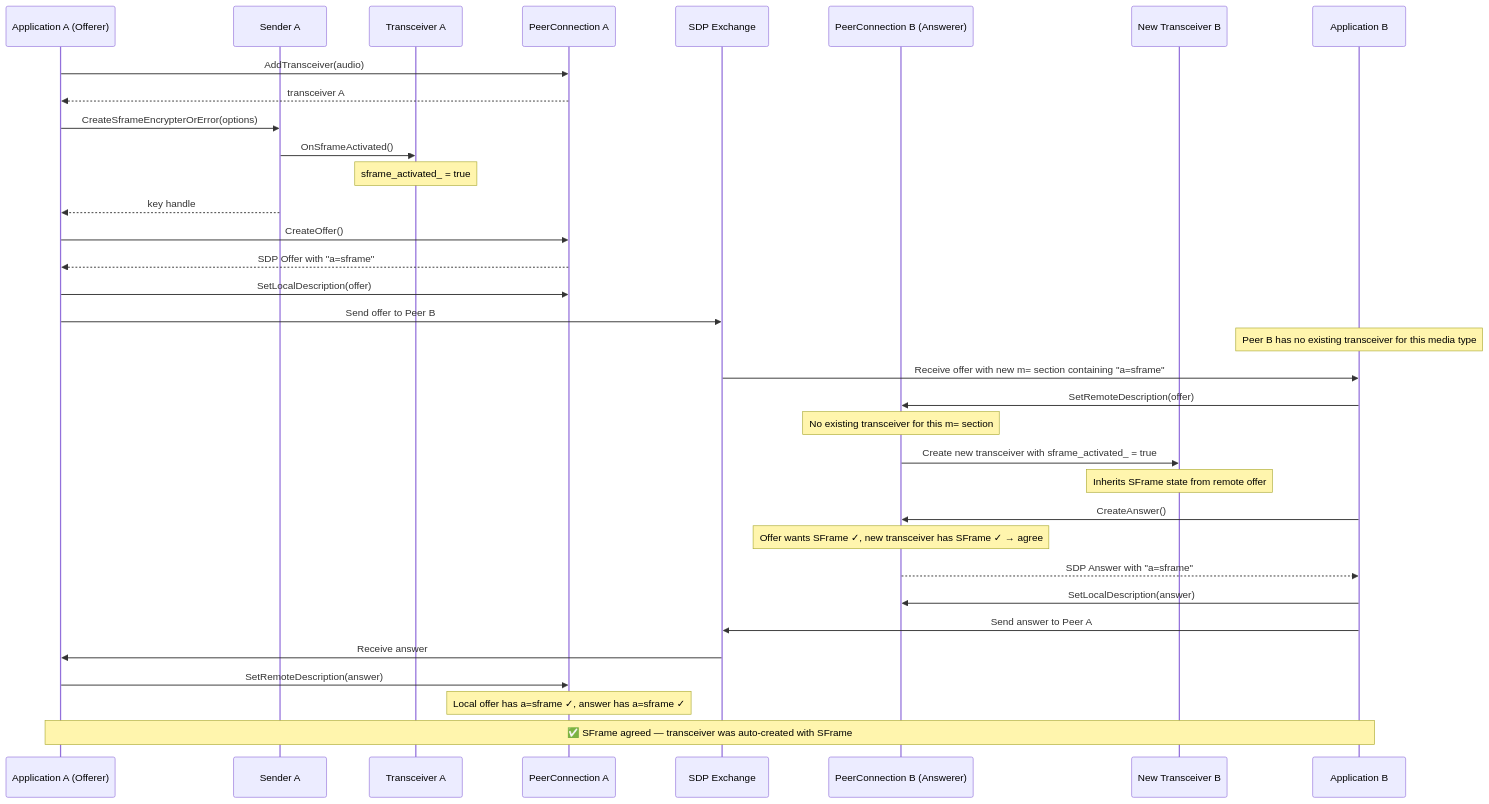
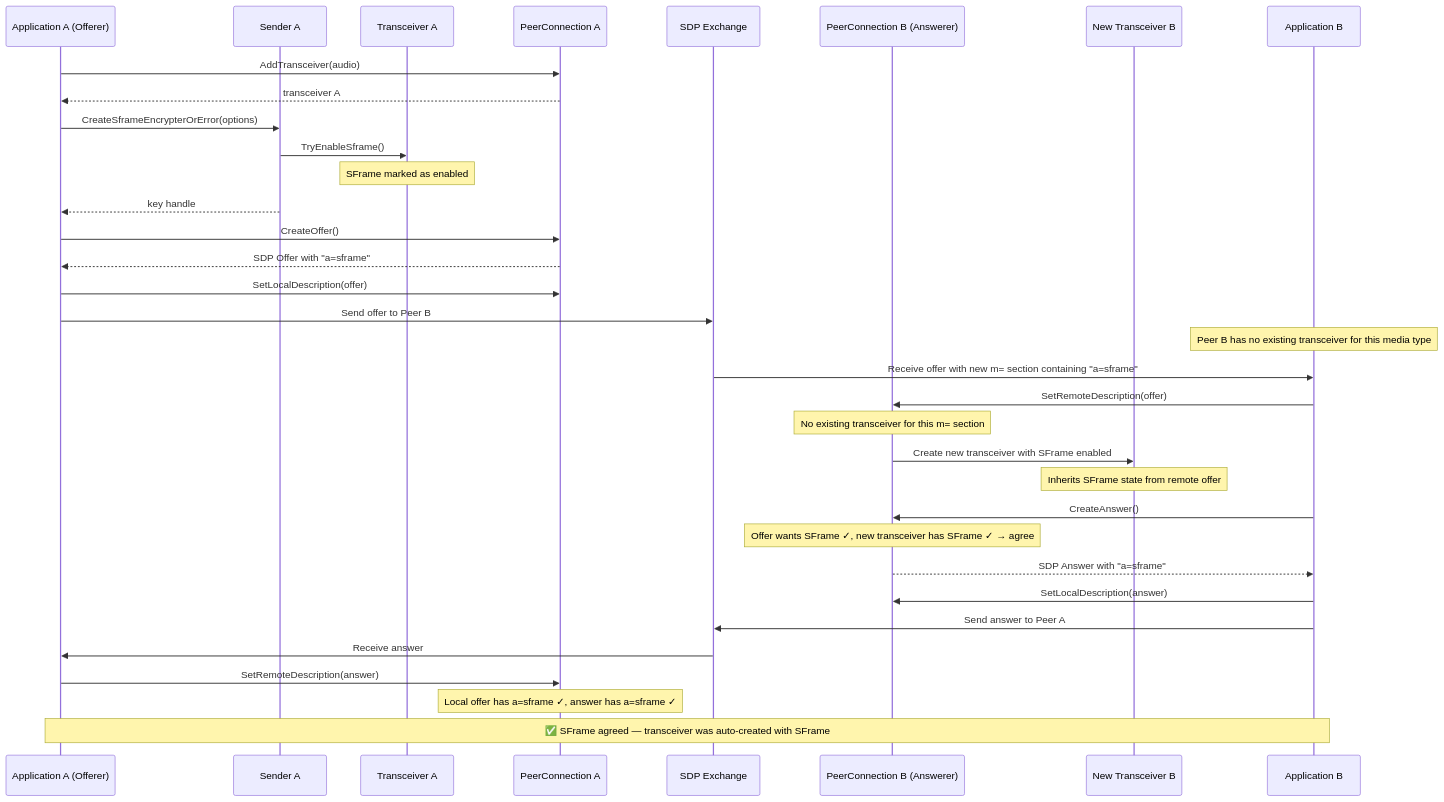
The fourth of 6 diagrams in negotiation.md (webex/webrtc-sframe), drawn with Mermaid before and after one commit. The commit also changed other lines of this file and 1 other file, not shown here.

````diff
--- a/negotiation.md
+++ b/negotiation.md
@@ -256,45 +256,45 @@
 ```mermaid
 sequenceDiagram
     participant AppA as Application A (Offerer)
     participant SA as Sender A
     participant TA as Transceiver A
     participant PCA as PeerConnection A
     participant SDP as SDP Exchange
     participant PCB as PeerConnection B (Answerer)
     participant TB as New Transceiver B
     participant AppB as Application B
 
     AppA->>PCA: AddTransceiver(audio)
     PCA-->>AppA: transceiver A
 
     AppA->>SA: CreateSframeEncrypterOrError(options)
-    SA->>TA: OnSframeActivated()
-    Note over TA: sframe_activated_ = true
+    SA->>TA: TryEnableSframe()
+    Note over TA: SFrame marked as enabled
     SA-->>AppA: key handle
 
     AppA->>PCA: CreateOffer()
     PCA-->>AppA: SDP Offer with "a=sframe"
     AppA->>PCA: SetLocalDescription(offer)
     AppA->>SDP: Send offer to Peer B
 
     Note over AppB: Peer B has no existing transceiver for this media type
 
     SDP->>AppB: Receive offer with new m= section containing "a=sframe"
     AppB->>PCB: SetRemoteDescription(offer)
     Note over PCB: No existing transceiver for this m= section
-    PCB->>TB: Create new transceiver with sframe_activated_ = true
+    PCB->>TB: Create new transceiver with SFrame enabled
     Note over TB: Inherits SFrame state from remote offer
 
     AppB->>PCB: CreateAnswer()
     Note over PCB: Offer wants SFrame ✓, new transceiver has SFrame ✓ → agree
     PCB-->>AppB: SDP Answer with "a=sframe"
 
     AppB->>PCB: SetLocalDescription(answer)
     AppB->>SDP: Send answer to Peer A
 
     SDP->>AppA: Receive answer
     AppA->>PCA: SetRemoteDescription(answer)
     Note over PCA: Local offer has a=sframe ✓, answer has a=sframe ✓
 
     Note over AppA,AppB: ✅ SFrame agreed — transceiver was auto-created with SFrame
 ```
````
